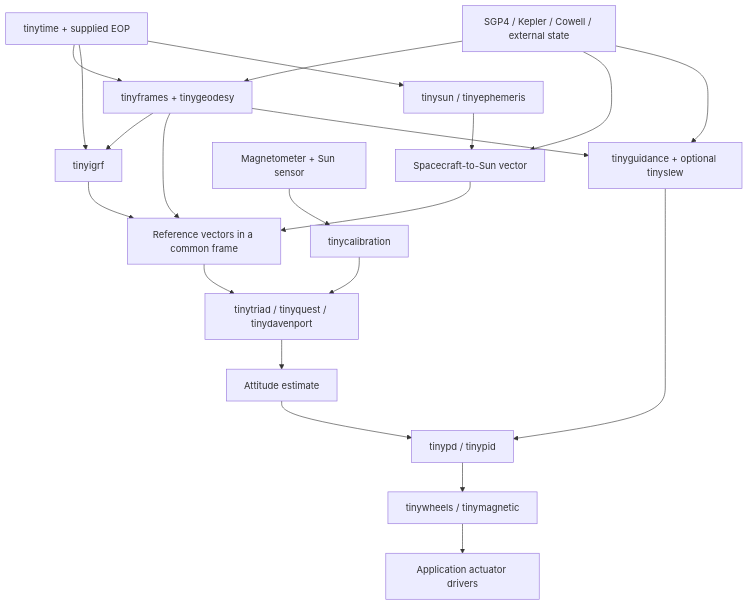
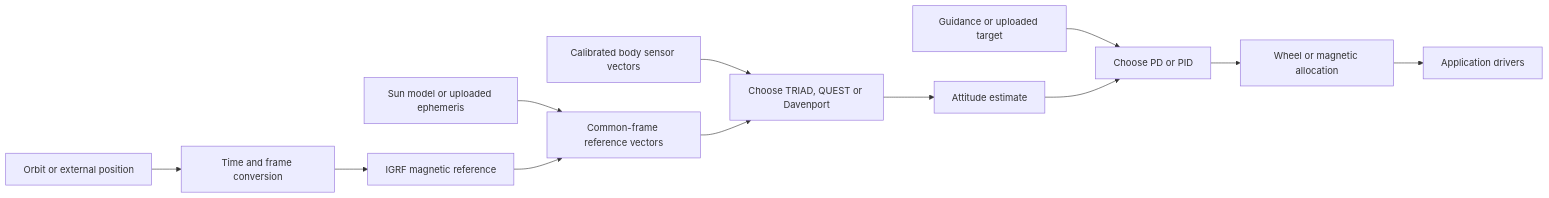
One commit to Ruben1729/tinynadir changed the diagram in README.md. Above: the diagram before and after it, drawn with Mermaid. The commit also changed other lines of this file, not shown here.

Commit message:
Replace roadmap with supported algorithm glossary and composition guide

````diff
--- a/README.md
+++ b/README.md
@@ -198,23 +174,14 @@
 ```mermaid
-flowchart TD
-    orbit[SGP4 / Kepler / Cowell / external state] --> frames[tinyframes + tinygeodesy]
-    time[tinytime + supplied EOP] --> frames
-    frames --> igrf[tinyigrf]
-    time --> igrf
-    time --> sun[tinysun / tinyephemeris]
-    orbit --> sunvec[Spacecraft-to-Sun vector]
-    sun --> sunvec
-    igrf --> refs[Reference vectors in a common frame]
-    frames --> refs
-    sunvec --> refs
-    sensors[Magnetometer + Sun sensor] --> calibration[tinycalibration]
-    calibration --> attitude[tinytriad / tinyquest / tinydavenport]
-    refs --> attitude
-    attitude --> estimate[Attitude estimate]
-    estimate --> control[tinypd / tinypid]
-    orbit --> guidance[tinyguidance + optional tinyslew]
-    frames --> guidance
-    guidance --> control
-    control --> allocation[tinywheels / tinymagnetic]
-    allocation --> drivers[Application actuator drivers]
+flowchart LR
+    P[Orbit or external position] --> F[Time and frame conversion]
+    F --> B[IGRF magnetic reference]
+    S[Sun model or uploaded ephemeris] --> R[Common-frame reference vectors]
+    B --> R
+    M[Calibrated body sensor vectors] --> A[Choose TRIAD, QUEST or Davenport]
+    R --> A
+    A --> E[Attitude estimate]
+    G[Guidance or uploaded target] --> C[Choose PD or PID]
+    E --> C
+    C --> W[Wheel or magnetic allocation]
+    W --> D[Application drivers]
 ```
````
